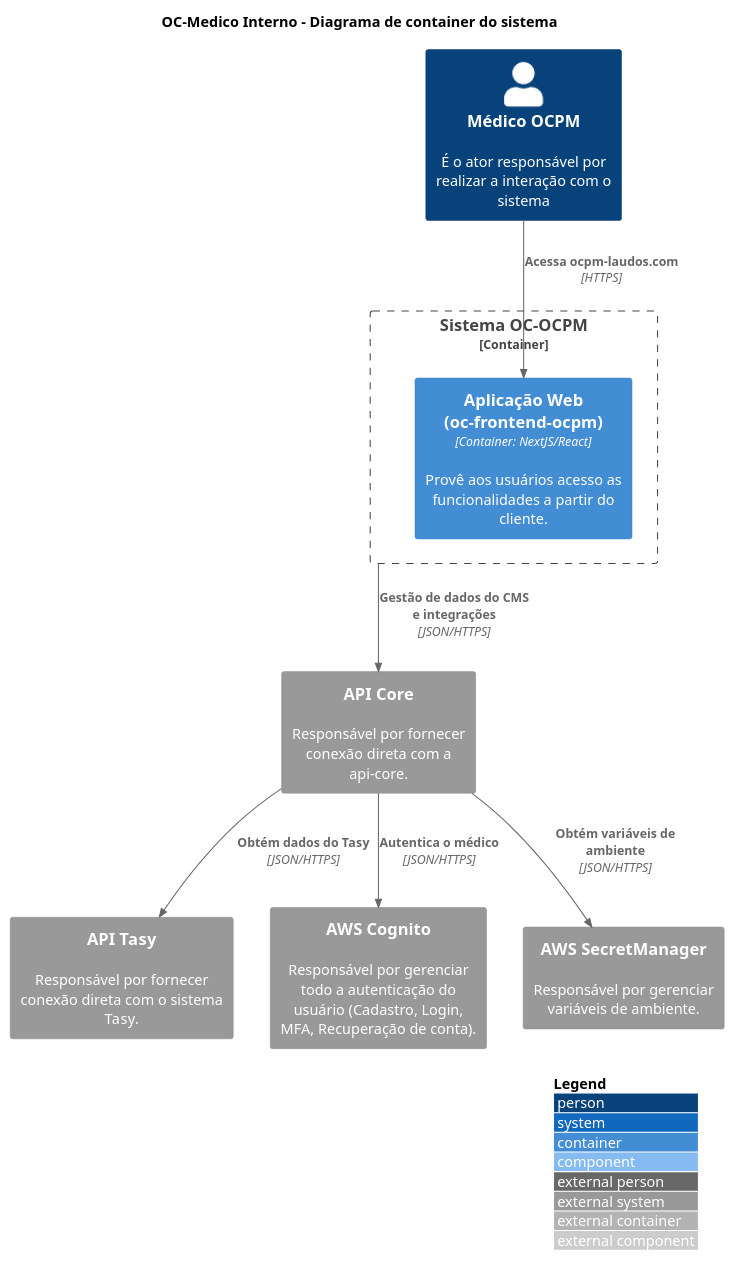
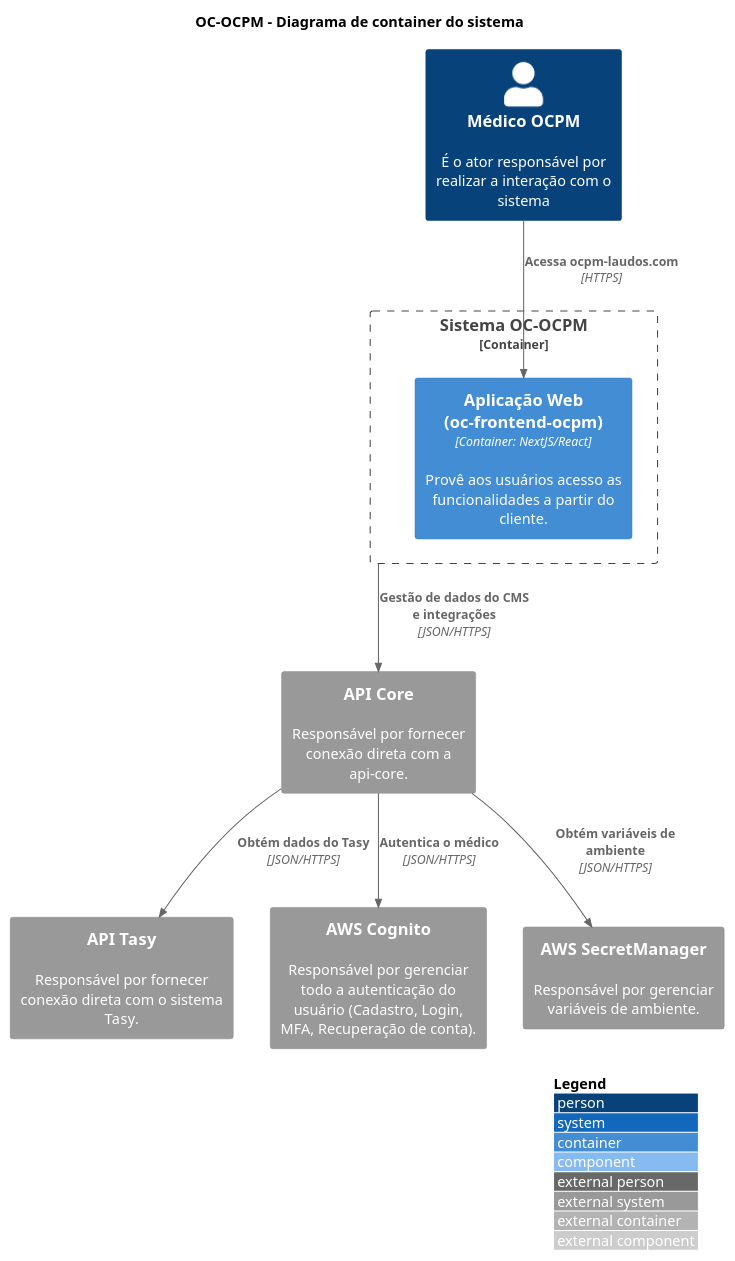
The diagram in src/OC-OCPM/C1. Visão Geral/C2. Sistema/containers.puml (luizggbasedigital/poc-oc-docs), drawn with PlantUML before and after one commit. The commit also changed 3 other files, not shown here.

Commit message:
fix: diagrams titles

```diff
--- a/src/OC-OCPM/C1. Visão Geral/C2. Sistema/containers.puml
+++ b/src/OC-OCPM/C1. Visão Geral/C2. Sistema/containers.puml
@@ -1,37 +1,37 @@
 @startuml "Container Diagram"
 
-title "OC-Medico Interno - Diagrama de container do sistema"
+title "OC-OCPM - Diagrama de container do sistema"
 
 !include https://raw.githubusercontent.com/adrianvlupu/C4-PlantUML/latest/C4_Component.puml
 
 LAYOUT_WITH_LEGEND()
 
 skinparam backgroundcolor transparent
 
 /'Actors'/
 Person(ActorOCPMPhysician, "Médico OCPM", "É o ator responsável por realizar a interação com o sistema")
 
 /'Internal Systems'/
 Container_Boundary(SystemOCOCPM, "Sistema OC-OCPM") {
   Container(ContainerWebApp, "Aplicação Web (oc-frontend-ocpm)", "Container: NextJS/React", "Provê aos usuários acesso as funcionalidades a partir do cliente.")
 
   Rel(ActorOCPMPhysician, ContainerWebApp, "Acessa ocpm-laudos.com", "HTTPS")
 }
 
 /'External Systems'/
 System_Ext(SystemTasyApi, "API Tasy", "Responsável por fornecer conexão direta com o sistema Tasy.")
 
 /'API-Core Systems'/
 System_Ext(SystemApiCore, "API Core", "Responsável por fornecer conexão direta com a api-core.")
 
 /'AWS Systems'/
 System_Ext(SystemAWSCognito, "AWS Cognito", "Responsável por gerenciar todo a autenticação do usuário (Cadastro, Login, MFA, Recuperação de conta).")
 System_Ext(SystemAWSSecretManager, "AWS SecretManager", "Responsável por gerenciar variáveis de ambiente.")
 
 /'API-Core Integrations'/
 Rel(SystemOCOCPM, SystemApiCore, "Gestão de dados do CMS e integrações", "JSON/HTTPS")
 Rel(SystemApiCore, SystemTasyApi, "Obtém dados do Tasy", "JSON/HTTPS")
 Rel(SystemApiCore, SystemAWSCognito, "Autentica o médico", "JSON/HTTPS")
 Rel(SystemApiCore, SystemAWSSecretManager, "Obtém variáveis de ambiente", "JSON/HTTPS")
 
 @enduml
```
